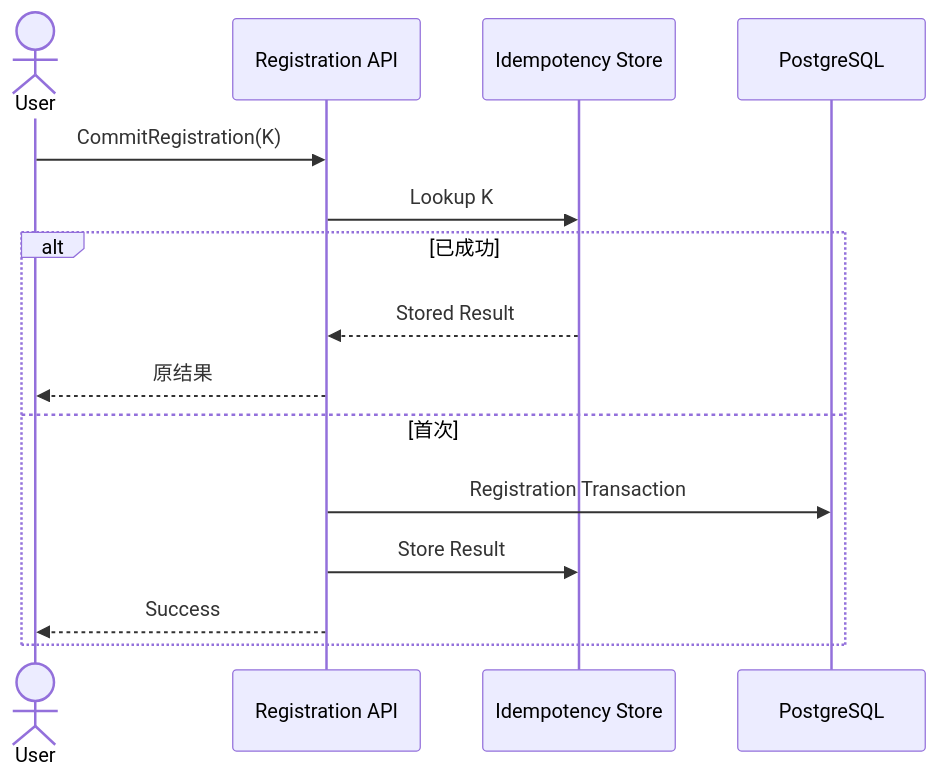
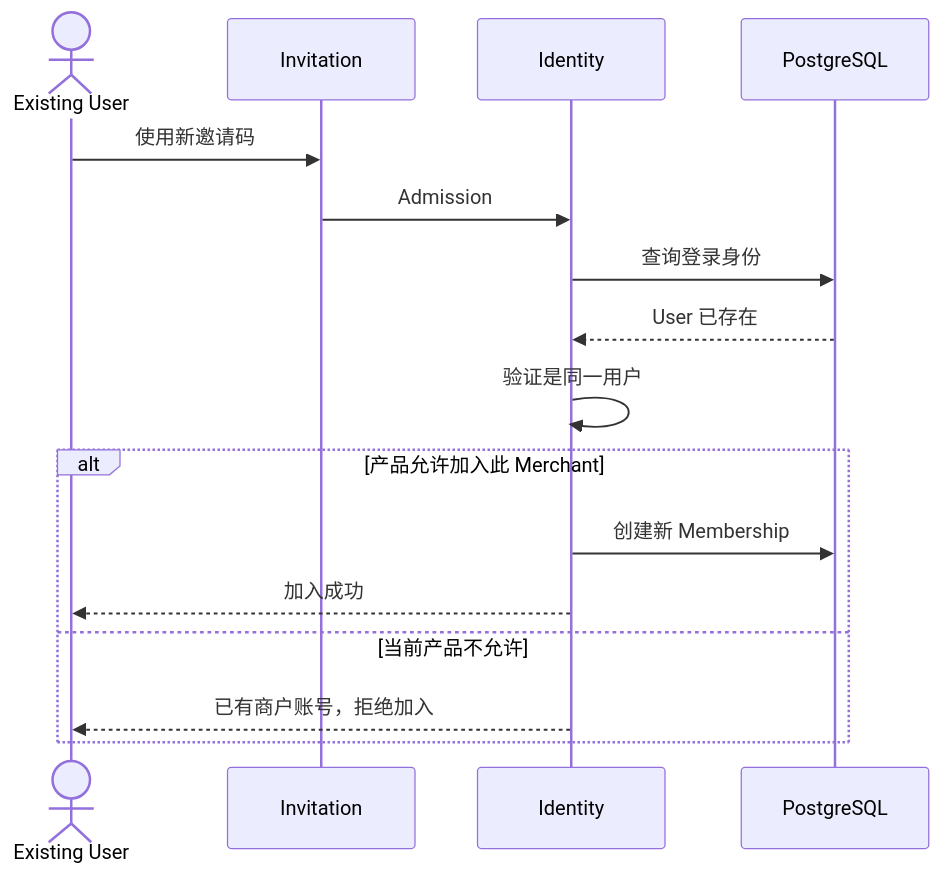
Before and after one commit to sxyq/mastergoods: diagram 11 of 14 in docs/system-design/01-账户与身份/01-注册与邀请码.md, drawn with Mermaid. The commit also changed other lines of this file and 12 other files, not shown here.

Commit message:
docs(system-design): sync detailed design and explain flows

````diff
--- a/docs/system-design/01-账户与身份/01-注册与邀请码.md
+++ b/docs/system-design/01-账户与身份/01-注册与邀请码.md
@@ -220,19 +417,22 @@
 ```mermaid
 sequenceDiagram
-    actor U as User
-    participant API as Registration API
-    participant IDEM as Idempotency Store
+    actor U as Existing User
+    participant INV as Invitation
+    participant IAM as Identity
     participant DB as PostgreSQL
 
-    U->>API: CommitRegistration(K)
-    API->>IDEM: Lookup K
+    U->>INV: 使用新邀请码
+    INV->>IAM: Admission
 
-    alt 已成功
-        IDEM-->>API: Stored Result
-        API-->>U: 原结果
-    else 首次
-        API->>DB: Registration Transaction
-        API->>IDEM: Store Result
-        API-->>U: Success
+    IAM->>DB: 查询登录身份
+    DB-->>IAM: User 已存在
+
+    IAM->>IAM: 验证是同一用户
+
+    alt 产品允许加入此 Merchant
+        IAM->>DB: 创建新 Membership
+        IAM-->>U: 加入成功
+    else 当前产品不允许
+        IAM-->>U: 已有商户账号，拒绝加入
     end
 ```
````
